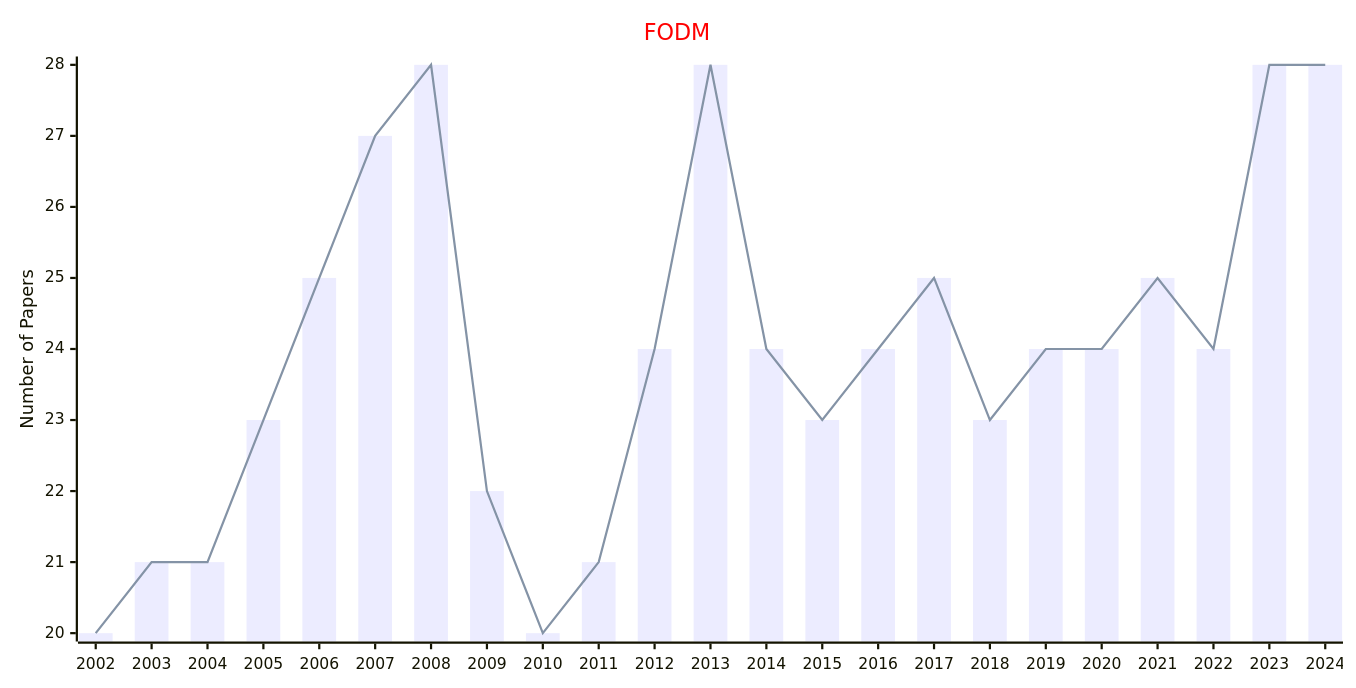
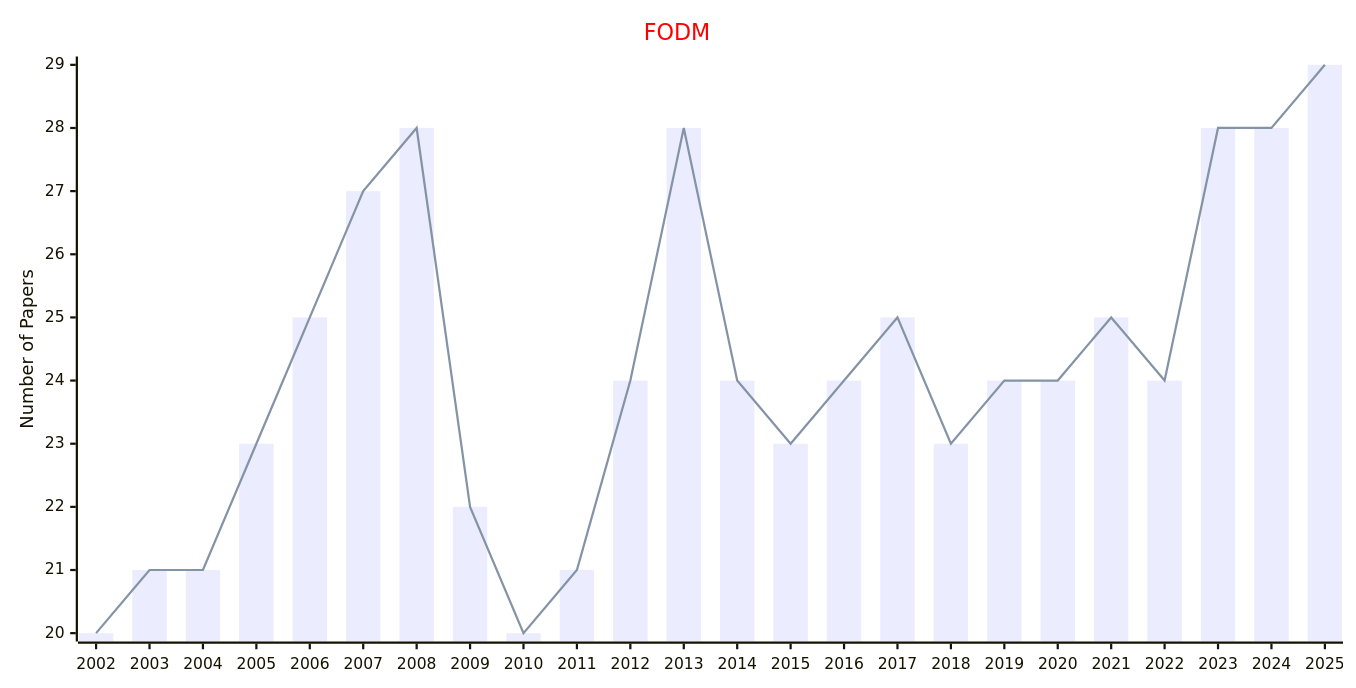
One commit to Easy-PhD/AILinks changed the fourth of 6 diagrams in docs/data/Journals/Statistics_Journals/Fuzzy_and_Uncertainty.md. Above: the diagram before and after it, drawn with Mermaid. The commit also changed other lines of this file and 107 other files, not shown here.

````diff
--- a/docs/data/Journals/Statistics_Journals/Fuzzy_and_Uncertainty.md
+++ b/docs/data/Journals/Statistics_Journals/Fuzzy_and_Uncertainty.md
@@ -81,17 +81,17 @@
 ```mermaid
 ---
 config:
     xyChart:
         width: 1200
         height: 600
     themeVariables:
         xyChart:
             titleColor: "#ff0000"
 ---
 xychart-beta
     title "FODM"
-    x-axis [2002, 2003, 2004, 2005, 2006, 2007, 2008, 2009, 2010, 2011, 2012, 2013, 2014, 2015, 2016, 2017, 2018, 2019, 2020, 2021, 2022, 2023, 2024]
+    x-axis [2002, 2003, 2004, 2005, 2006, 2007, 2008, 2009, 2010, 2011, 2012, 2013, 2014, 2015, 2016, 2017, 2018, 2019, 2020, 2021, 2022, 2023, 2024, 2025]
     y-axis "Number of Papers"
-    bar [20, 21, 21, 23, 25, 27, 28, 22, 20, 21, 24, 28, 24, 23, 24, 25, 23, 24, 24, 25, 24, 28, 28]
-    line [20, 21, 21, 23, 25, 27, 28, 22, 20, 21, 24, 28, 24, 23, 24, 25, 23, 24, 24, 25, 24, 28, 28]
+    bar [20, 21, 21, 23, 25, 27, 28, 22, 20, 21, 24, 28, 24, 23, 24, 25, 23, 24, 24, 25, 24, 28, 28, 29]
+    line [20, 21, 21, 23, 25, 27, 28, 22, 20, 21, 24, 28, 24, 23, 24, 25, 23, 24, 24, 25, 24, 28, 28, 29]
 ```
````
